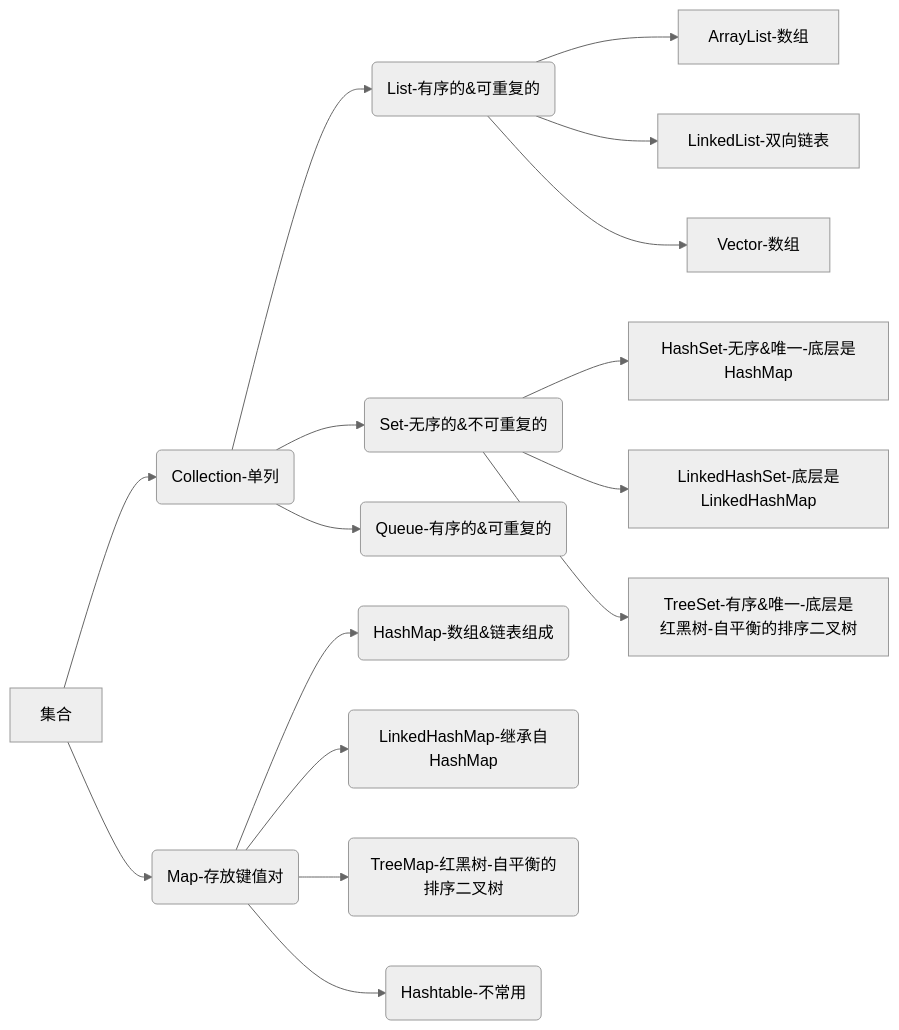
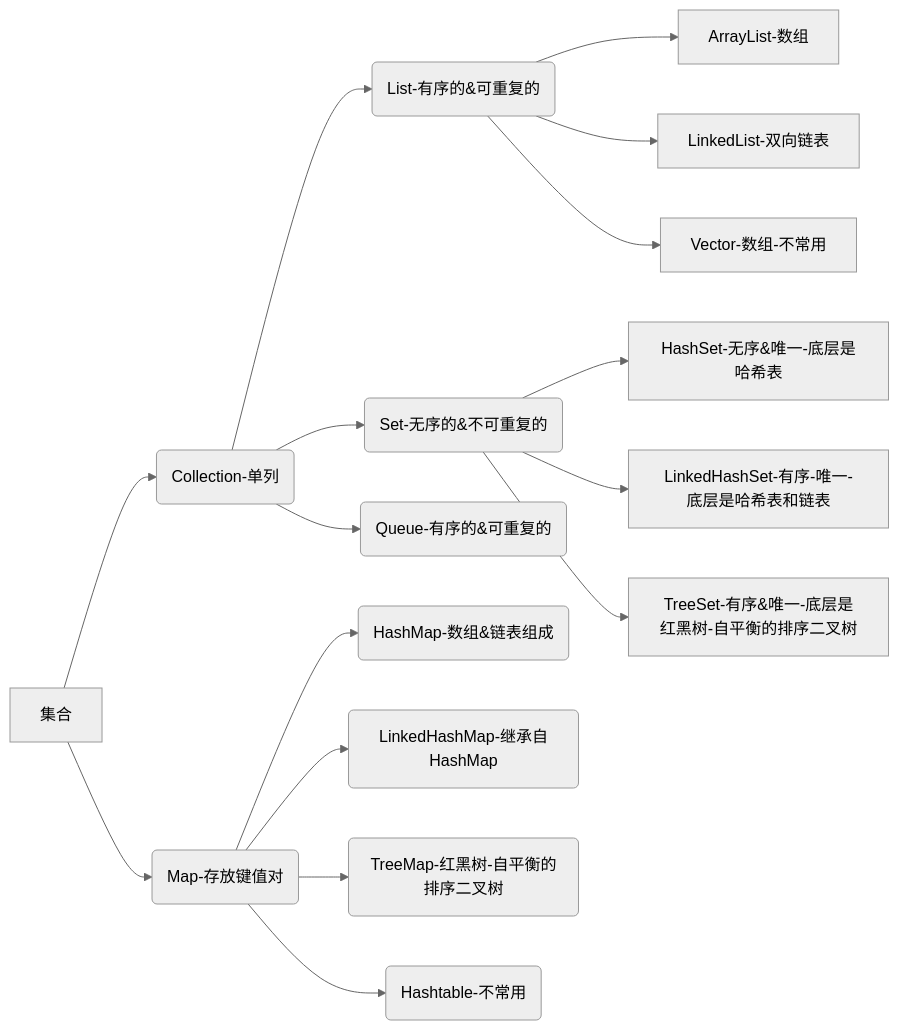
One commit to Wh0ami-hy/Wh0ami-hy.github.io changed the third of 3 diagrams in _posts/2023-02-12-Java中级.md. Above: the diagram before and after it, drawn with Mermaid (neutral theme). The commit also changed other lines of this file, not shown here.

````diff
--- a/_posts/2023-02-12-Java中级.md
+++ b/_posts/2023-02-12-Java中级.md
@@ -1151,18 +1158,18 @@
 ```mermaid
 graph LR
 集合--> A(Collection-单列)
 A-->a(List-有序的&可重复的)
 A-->c(Set-无序的&不可重复的)
 A-->b(Queue-有序的&可重复的)
 a-->ArrayList-数组
 a-->LinkedList-双向链表
-a-->Vector-数组
-c-->HashSet-无序&唯一-底层是HashMap
-c-->LinkedHashSet-底层是LinkedHashMap
+a-->Vector-数组-不常用
+c-->HashSet-无序&唯一-底层是哈希表
+c-->LinkedHashSet-有序-唯一-底层是哈希表和链表
 c-->TreeSet-有序&唯一-底层是红黑树-自平衡的排序二叉树
 集合--> B(Map-存放键值对)
 B-->B.a(HashMap-数组&链表组成)
 B-->B.b(LinkedHashMap-继承自HashMap)
 B-->B.c(TreeMap-红黑树-自平衡的排序二叉树)
 B-->B.d(Hashtable-不常用)
 ```
````
